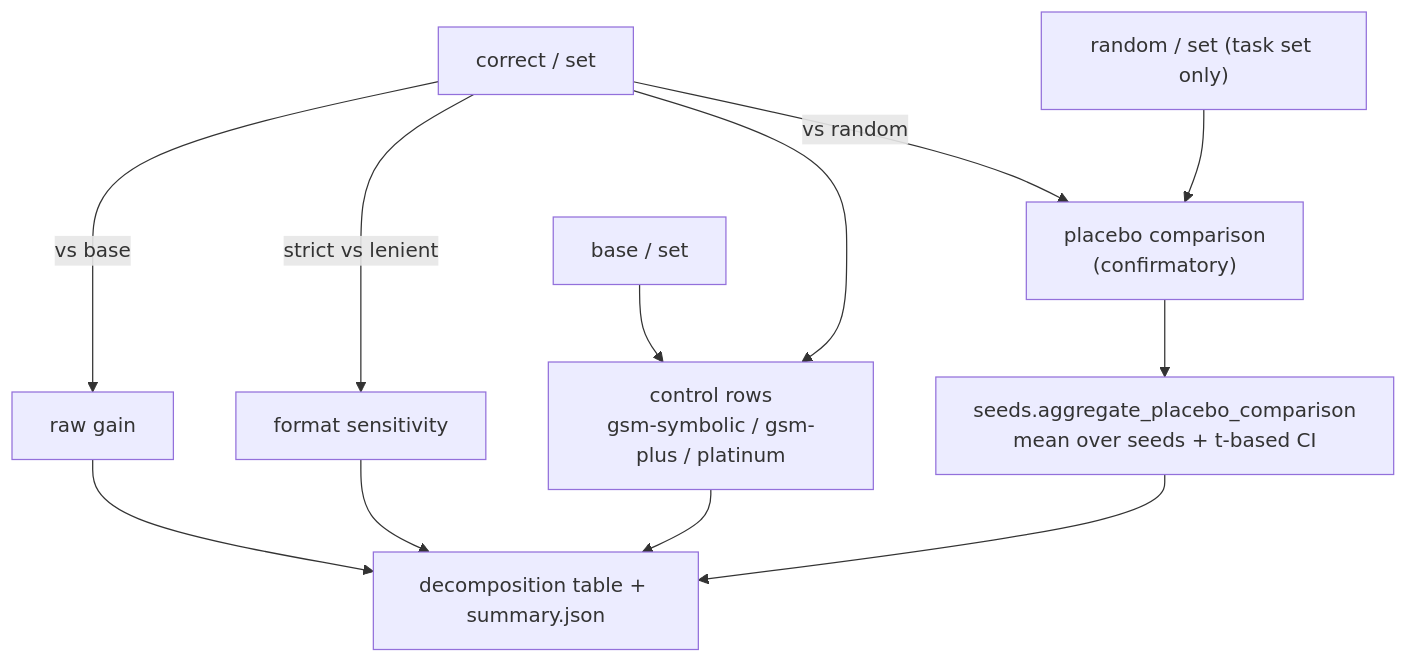
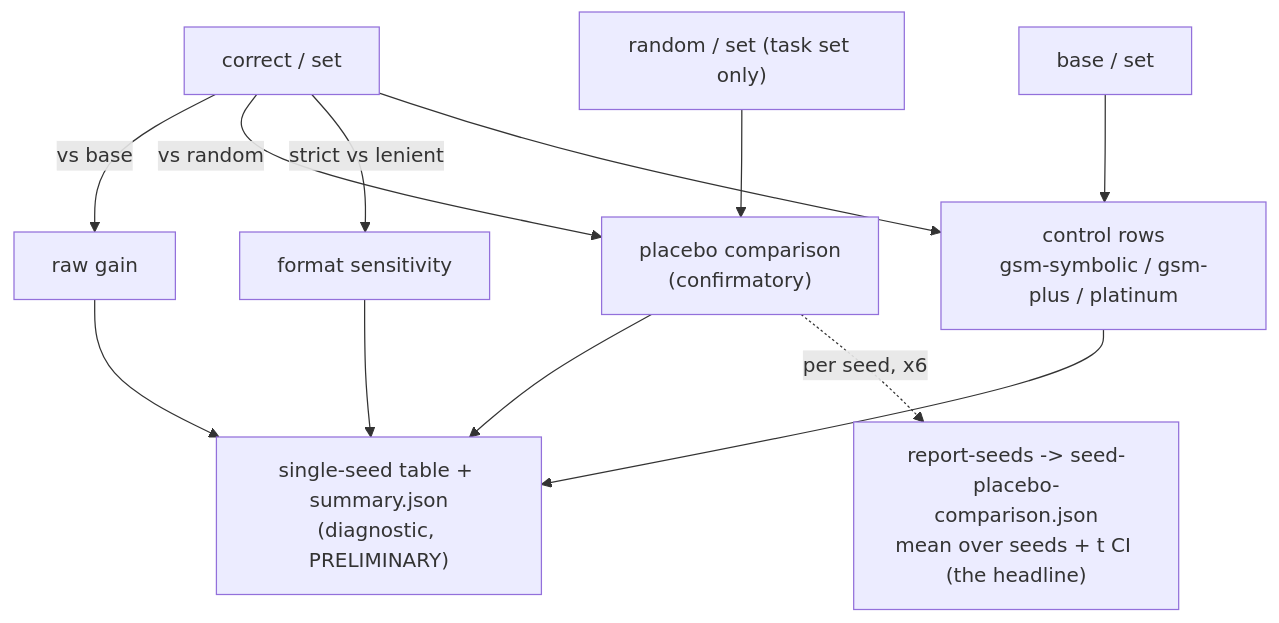
One commit to adamthuvesen/grpo-decomp changed the fifth of 6 diagrams in docs/ARCHITECTURE.md. Above: the diagram before and after it, drawn with Mermaid. The commit also changed other lines of this file and 4 other files, not shown here.

````diff
--- a/docs/ARCHITECTURE.md
+++ b/docs/ARCHITECTURE.md
@@ -265,19 +273,20 @@
 ```mermaid
 flowchart TD
     BASE["base / set"]
     CORR["correct / set"]
     RAND["random / set (task set only)"]
 
     CORR -->|"vs base"| RAW["raw gain"]
     CORR -->|"vs random"| PLACEBO["placebo comparison<br/>(confirmatory)"]
     RAND --> PLACEBO
     CORR -->|"strict vs lenient"| FMT["format sensitivity"]
     BASE --> CTRL["control rows<br/>gsm-symbolic / gsm-plus / platinum"]
     CORR --> CTRL
 
-    PLACEBO --> SEEDS["seeds.aggregate_placebo_comparison<br/>mean over seeds + t-based CI"]
-    RAW --> TABLE["decomposition table + summary.json"]
+    RAW --> TABLE["single-seed table + summary.json<br/>(diagnostic, PRELIMINARY)"]
+    PLACEBO --> TABLE
     FMT --> TABLE
     CTRL --> TABLE
-    SEEDS --> TABLE
+
+    PLACEBO -.->|"per seed, x6"| SEEDS["report-seeds -> seed-placebo-comparison.json<br/>mean over seeds + t CI (the headline)"]
 ```
````
